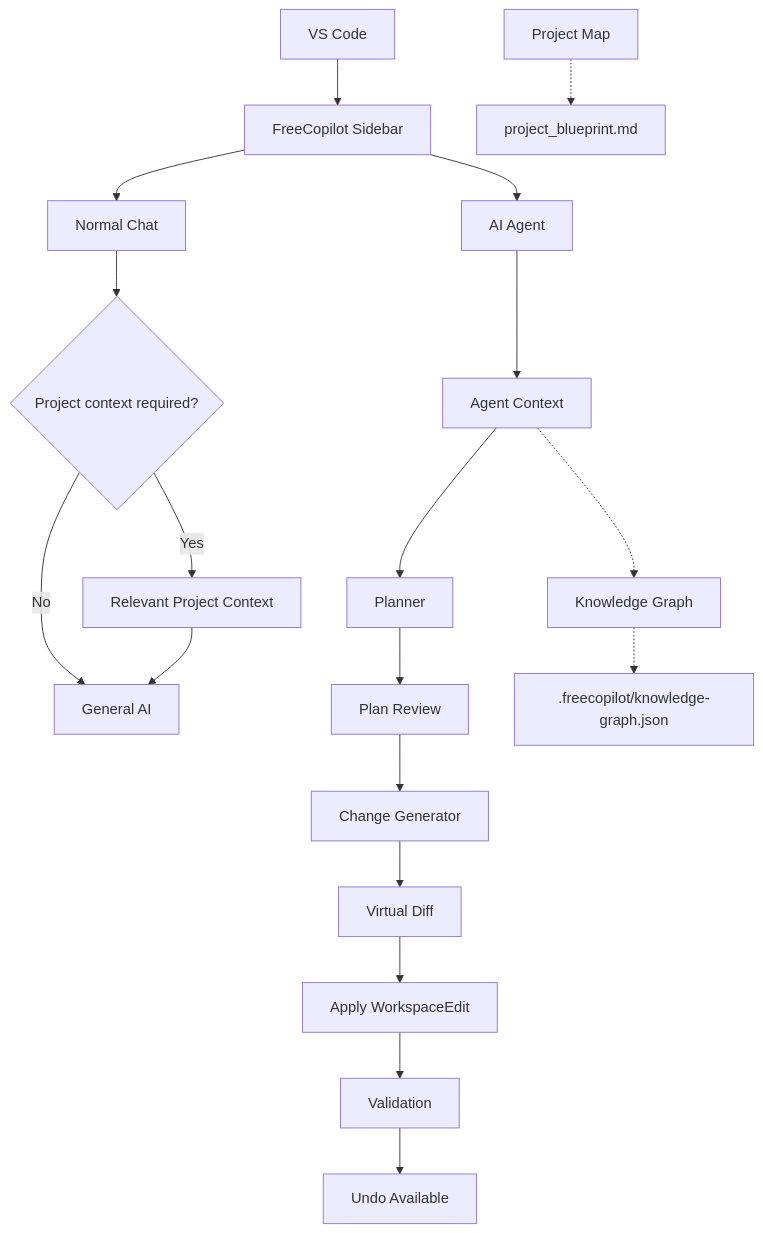
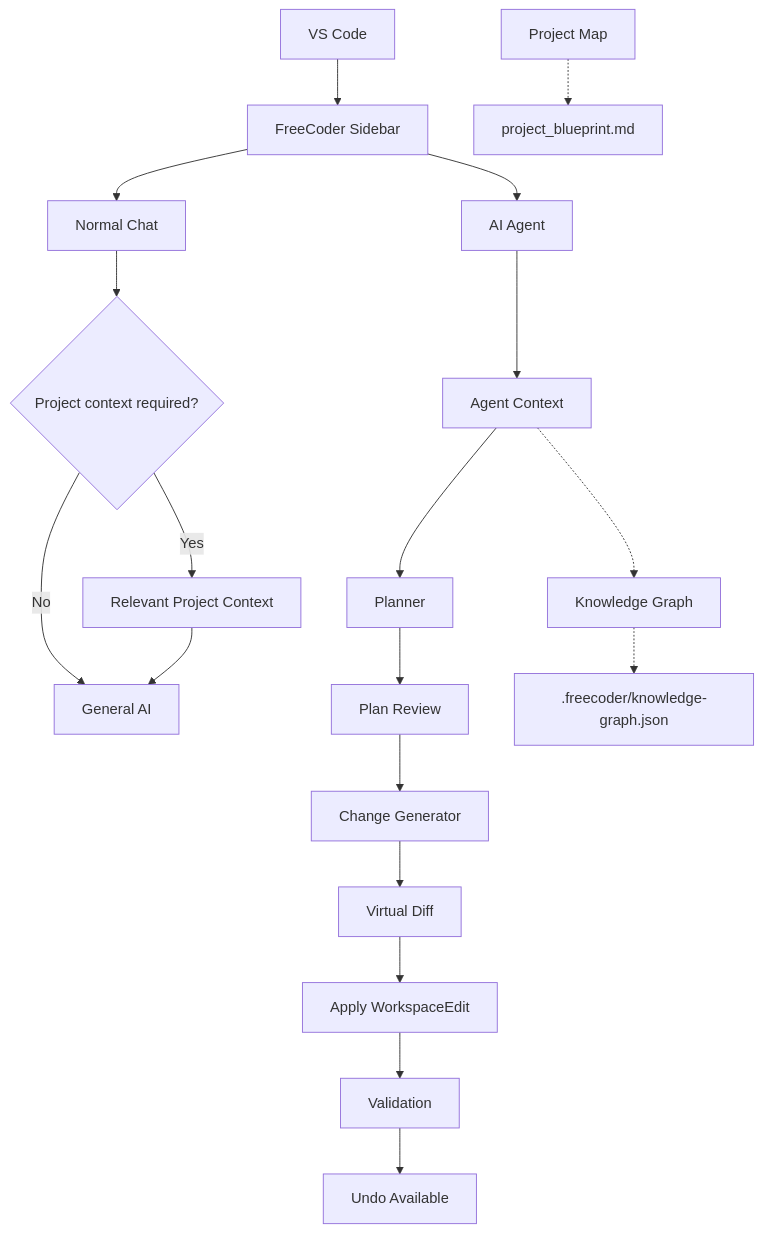
The seventh of 8 diagrams in README.md (Jiteshsharma01/freecoder), drawn with Mermaid before and after one commit. The commit also changed other lines of this file and 16 other files, not shown here.

````diff
--- a/README.md
+++ b/README.md
@@ -717,24 +717,24 @@
 ```mermaid
 flowchart TD
-    A[VS Code] --> B[FreeCopilot Sidebar]
+    A[VS Code] --> B[FreeCoder Sidebar]
     B --> C[Normal Chat]
     B --> D[AI Agent]
 
     C --> C1{Project context required?}
     C1 -->|No| C2[General AI]
     C1 -->|Yes| C3[Relevant Project Context]
     C3 --> C2
 
     D --> D1[Agent Context]
     D1 --> D2[Planner]
     D2 --> D3[Plan Review]
     D3 --> D4[Change Generator]
     D4 --> D5[Virtual Diff]
     D5 --> D6[Apply WorkspaceEdit]
     D6 --> D7[Validation]
     D7 --> D8[Undo Available]
 
     E[Project Map] -.-> F[project_blueprint.md]
-    G[Knowledge Graph] -.-> H[.freecopilot/knowledge-graph.json]
+    G[Knowledge Graph] -.-> H[.freecoder/knowledge-graph.json]
     D1 -.-> G
 ```
````
